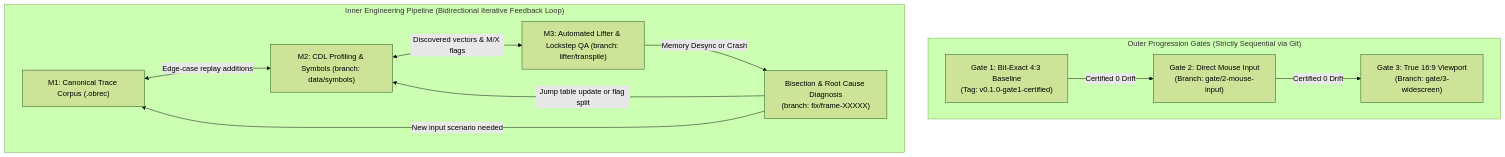
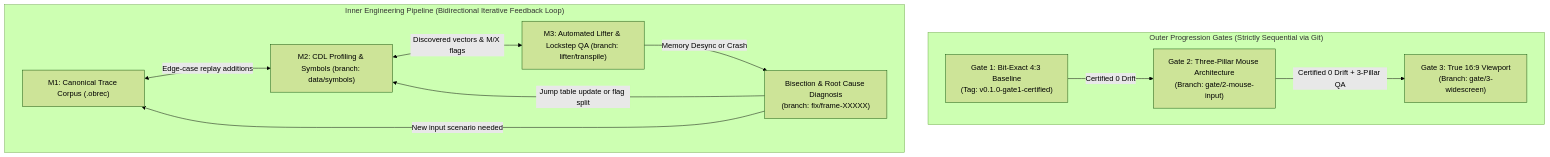
Before and after one commit to hoyajavis/ogre-battle-pc: the first of 3 diagrams in docs/plan.md, drawn with Mermaid (forest theme). The commit also changed other lines of this file and 5 other files, not shown here.

Commit message:
docs(gate2): deprecate Rev 1-8 synthetic D-Pad steering and specify Three-Pillar Mouse Architecture

````diff
--- a/docs/plan.md
+++ b/docs/plan.md
@@ -35,16 +35,16 @@
 ```mermaid
 flowchart TD
     subgraph OuterGates["Outer Progression Gates (Strictly Sequential via Git)"]
         direction LR
-        G1["Gate 1: Bit-Exact 4:3 Baseline\n(Tag: v0.1.0-gate1-certified)"] -->|Certified 0 Drift| G2["Gate 2: Direct Mouse Input\n(Branch: gate/2-mouse-input)"]
-        G2 -->|Certified 0 Drift| G3["Gate 3: True 16:9 Viewport\n(Branch: gate/3-widescreen)"]
+        G1["Gate 1: Bit-Exact 4:3 Baseline\n(Tag: v0.1.0-gate1-certified)"] -->|Certified 0 Drift| G2["Gate 2: Three-Pillar Mouse Architecture\n(Branch: gate/2-mouse-input)"]
+        G2 -->|Certified 0 Drift + 3-Pillar QA| G3["Gate 3: True 16:9 Viewport\n(Branch: gate/3-widescreen)"]
     end
 
     subgraph InnerLoop["Inner Engineering Pipeline (Bidirectional Iterative Feedback Loop)"]
         M1["M1: Canonical Trace Corpus (.obrec)"] <-->|Edge-case replay additions| M2["M2: CDL Profiling & Symbols (branch: data/symbols)"]
         M2 <-->|Discovered vectors & M/X flags| M3["M3: Automated Lifter & Lockstep QA (branch: lifter/transpile)"]
         M3 -->|Memory Desync or Crash| Bisect["Bisection & Root Cause Diagnosis\n(branch: fix/frame-XXXXX)"]
         Bisect -->|Jump table update or flag split| M2
         Bisect -->|New input scenario needed| M1
     end
 ```
````
